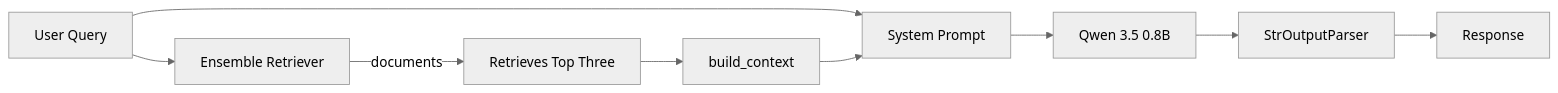
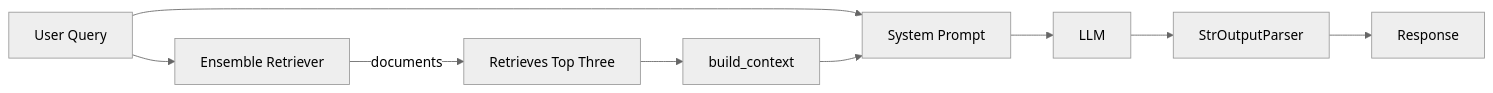
One commit to UBC-MDS/DSCI_575_project_alnliu11_lightgl changed the diagram in README.md. Above: the diagram before and after it, drawn with Mermaid (neutral theme). The commit also changed other lines of this file and 2 other files, not shown here.

````diff
--- a/README.md
+++ b/README.md
@@ -24,11 +24,11 @@
 ```mermaid
 graph LR
     Query[User Query] --> Ret[Ensemble Retriever]
     Ret -- documents --> Lambda[Retrieves Top Three]
     Lambda --> Context[build_context]
     Query --> Prompt[System Prompt]
     Context --> Prompt
-    Prompt --> LLM[Qwen 3.5 0.8B]
+    Prompt --> LLM[LLM]
     LLM --> Parser[StrOutputParser]
     Parser --> Response[Response]
 ```
````
